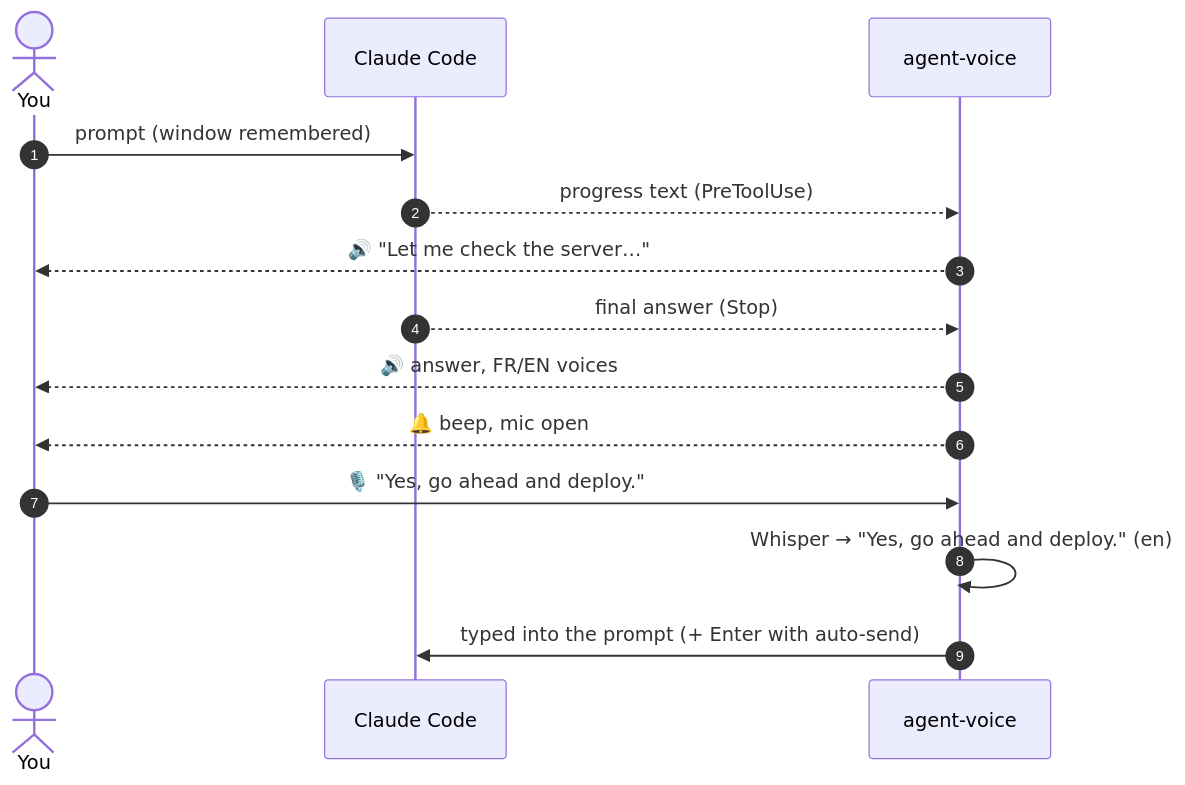
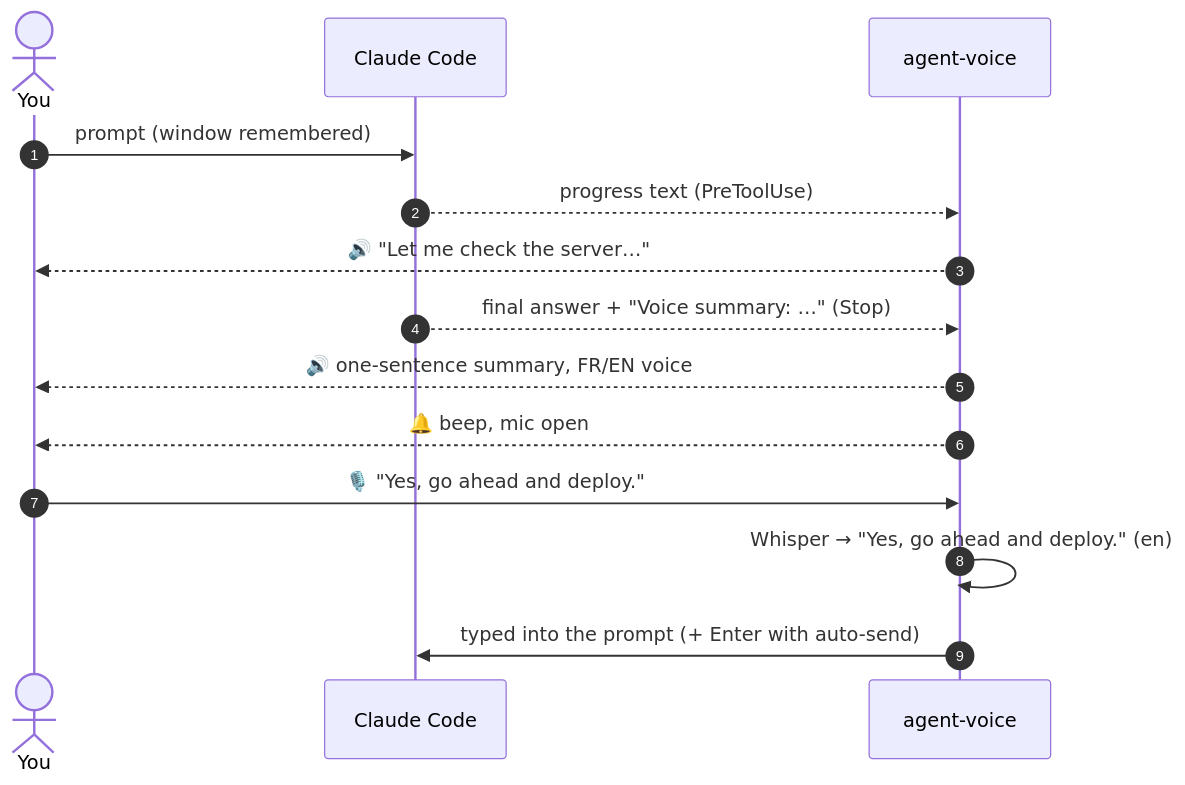
The second of 2 diagrams in README.md (ElMastho/Agent-Voice), drawn with Mermaid before and after one commit. The commit also changed other lines of this file and 8 other files, not shown here.

First line of the commit message:
Speak one-sentence summaries of final answers

````diff
--- a/README.md
+++ b/README.md
@@ -148,16 +149,16 @@
 ```mermaid
 sequenceDiagram
     autonumber
     actor You
     participant Agent as Claude Code
     participant AV as agent-voice
     You->>Agent: prompt (window remembered)
     Agent-->>AV: progress text (PreToolUse)
     AV-->>You: 🔊 "Let me check the server…"
-    Agent-->>AV: final answer (Stop)
-    AV-->>You: 🔊 answer, FR/EN voices
+    Agent-->>AV: final answer + "Voice summary: …" (Stop)
+    AV-->>You: 🔊 one-sentence summary, FR/EN voice
     AV-->>You: 🔔 beep, mic open
     You->>AV: 🎙️ "Yes, go ahead and deploy."
     AV->>AV: Whisper → "Yes, go ahead and deploy." (en)
     AV->>Agent: typed into the prompt (+ Enter with auto-send)
 ```
````
